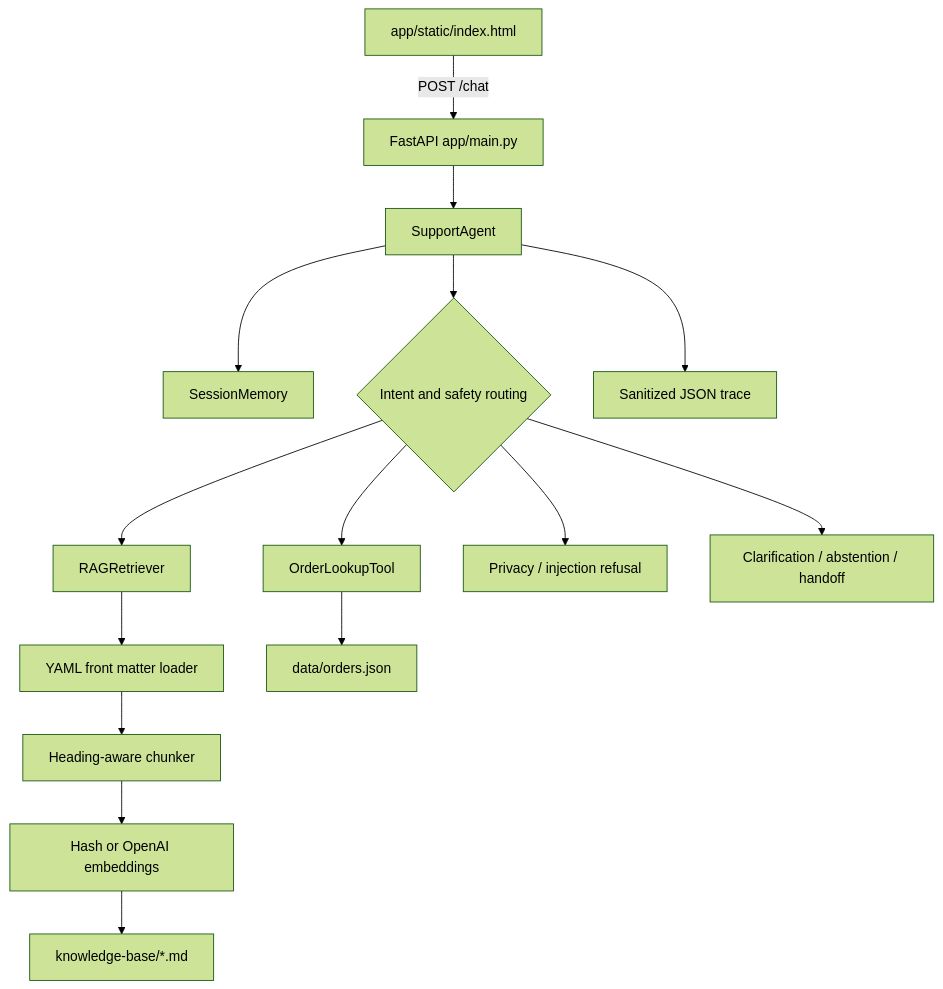
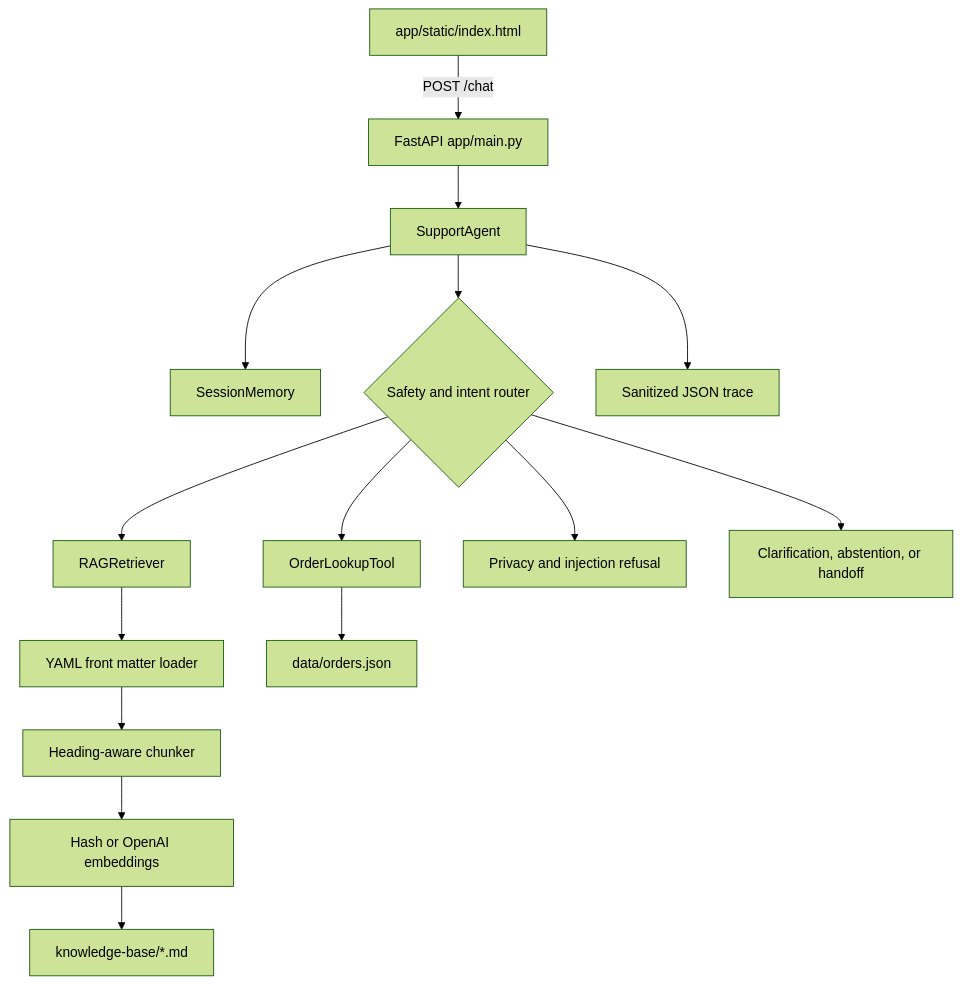
The diagram in README.md (Mokshith-45/Aster-Row-Rag-Chat-Bot), drawn with Mermaid (forest theme) before and after one commit. The commit also changed other lines of this file, not shown here.

````diff
--- a/README.md
+++ b/README.md
@@ -373,17 +69,17 @@
 ```mermaid
 flowchart TD
     Browser["app/static/index.html"] -->|POST /chat| API["FastAPI app/main.py"]
     API --> Agent["SupportAgent"]
     Agent --> Memory["SessionMemory"]
-    Agent --> Router{"Intent and safety routing"}
+    Agent --> Router{"Safety and intent router"}
     Router --> RAG["RAGRetriever"]
     Router --> Order["OrderLookupTool"]
-    Router --> Refusal["Privacy / injection refusal"]
-    Router --> Abstain["Clarification / abstention / handoff"]
+    Router --> Privacy["Privacy and injection refusal"]
+    Router --> Handoff["Clarification, abstention, or handoff"]
     RAG --> Loader["YAML front matter loader"]
     Loader --> Chunker["Heading-aware chunker"]
-    Chunker --> Embed["Hash or OpenAI embeddings"]
-    Embed --> KB["knowledge-base/*.md"]
+    Chunker --> Embeddings["Hash or OpenAI embeddings"]
+    Embeddings --> Knowledge["knowledge-base/*.md"]
     Order --> Orders["data/orders.json"]
     Agent --> Trace["Sanitized JSON trace"]
 ```
````
